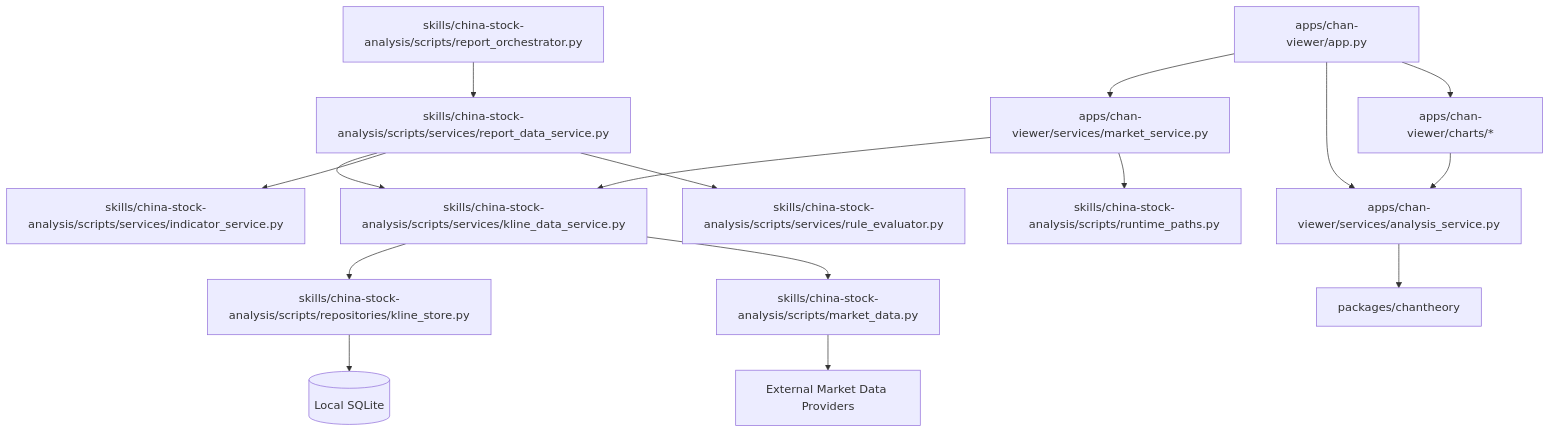
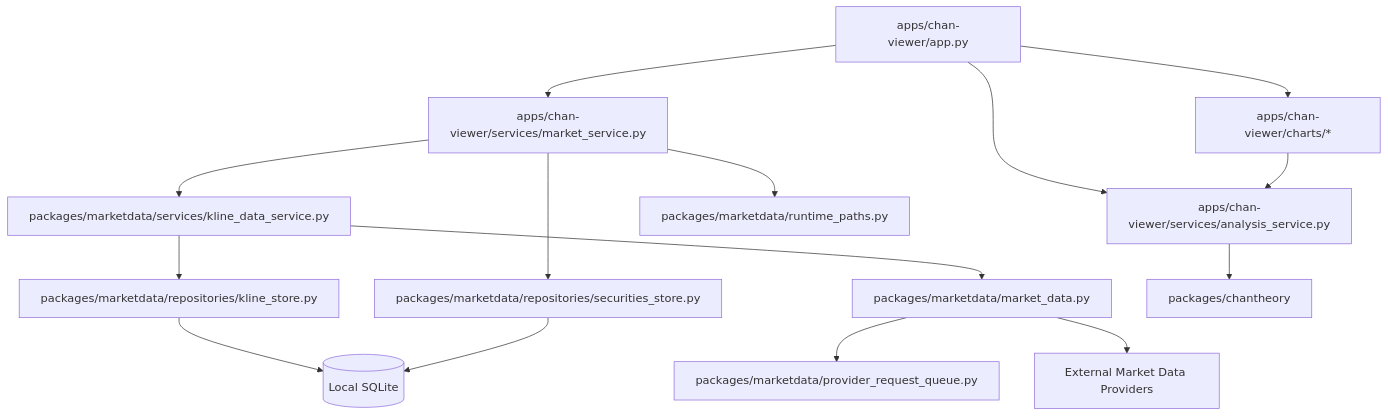
The diagram in docs/architecture/components-market-data.md (shenjee/stockpilot), drawn with Mermaid before and after one commit. The commit also changed other lines of this file and 61 other files, not shown here.

First line of the commit message:
Remove china-stock-analysis skill and migrate securities master builder

````diff
--- a/docs/architecture/components-market-data.md
+++ b/docs/architecture/components-market-data.md
@@ -18,40 +17,35 @@
 ```mermaid
 graph TD
     AppUI[apps/chan-viewer/app.py]
     MarketService[apps/chan-viewer/services/market_service.py]
     AnalysisService[apps/chan-viewer/services/analysis_service.py]
     FigureBuilder[apps/chan-viewer/charts/*]
 
-    ReportOrchestrator[skills/china-stock-analysis/scripts/report_orchestrator.py]
-    ReportDataService[skills/china-stock-analysis/scripts/services/report_data_service.py]
-    IndicatorService[skills/china-stock-analysis/scripts/services/indicator_service.py]
-    RuleEvaluator[skills/china-stock-analysis/scripts/services/rule_evaluator.py]
-
-    KLineService[skills/china-stock-analysis/scripts/services/kline_data_service.py]
-    KLineStore[skills/china-stock-analysis/scripts/repositories/kline_store.py]
-    MarketProvider[skills/china-stock-analysis/scripts/market_data.py]
-    RuntimePaths[skills/china-stock-analysis/scripts/runtime_paths.py]
+    KLineService[packages/marketdata/services/kline_data_service.py]
+    KLineStore[packages/marketdata/repositories/kline_store.py]
+    SecuritiesStore[packages/marketdata/repositories/securities_store.py]
+    MarketProvider[packages/marketdata/market_data.py]
+    ProviderQueue[packages/marketdata/provider_request_queue.py]
+    RuntimePaths[packages/marketdata/runtime_paths.py]
     Chantheory[packages/chantheory]
     SQLite[(Local SQLite)]
     ExternalMarket[External Market Data Providers]
 
     AppUI --> MarketService
     AppUI --> AnalysisService
     AppUI --> FigureBuilder
 
     MarketService --> KLineService
+    MarketService --> SecuritiesStore
     MarketService --> RuntimePaths
 
     AnalysisService --> Chantheory
     FigureBuilder --> AnalysisService
 
-    ReportOrchestrator --> ReportDataService
-    ReportDataService --> KLineService
-    ReportDataService --> IndicatorService
-    ReportDataService --> RuleEvaluator
-
     KLineService --> KLineStore
     KLineService --> MarketProvider
+    MarketProvider --> ProviderQueue
     KLineStore --> SQLite
+    SecuritiesStore --> SQLite
     MarketProvider --> ExternalMarket
 ```
````
